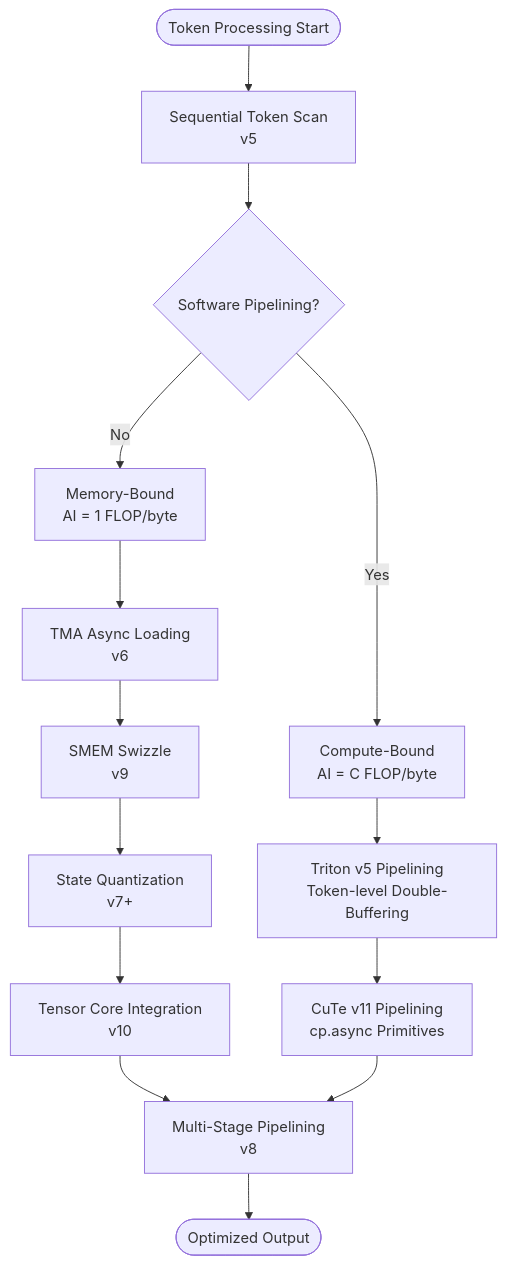
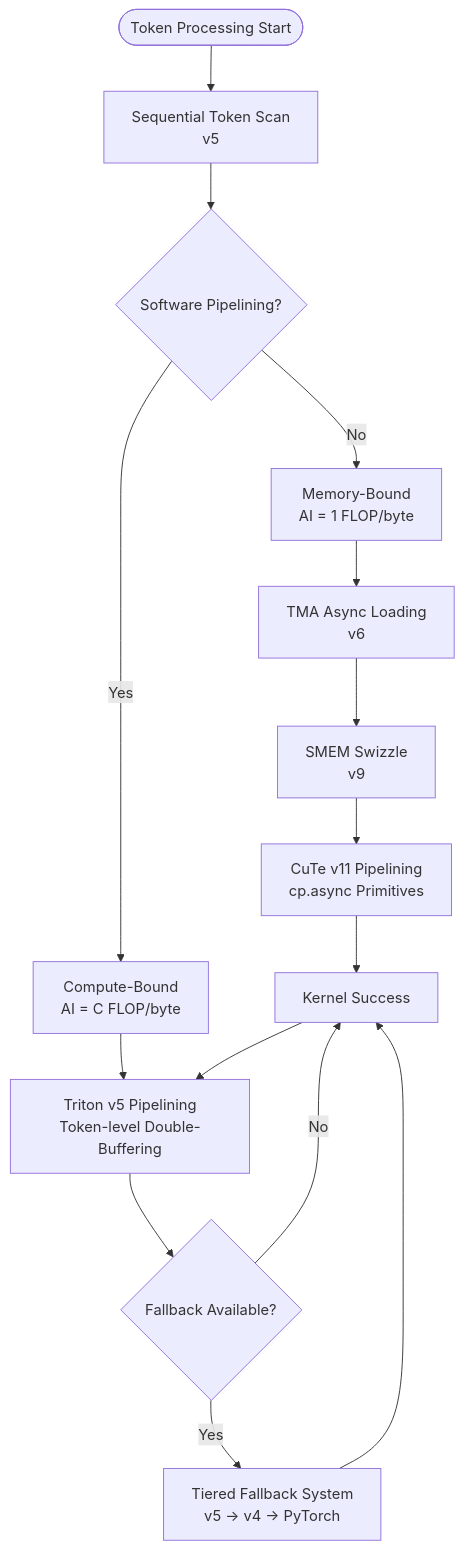
Before and after one commit to gugudeshubao/flashinfer-bench-tma-thrust: the second of 27 diagrams in .qoder/repowiki/en/content/GDN Prefill Kernel Optimization.md, drawn with Mermaid. The commit also changed other lines of this file and 46 other files, not shown here.

````diff
--- a/.qoder/repowiki/en/content/GDN Prefill Kernel Optimization.md
+++ b/.qoder/repowiki/en/content/GDN Prefill Kernel Optimization.md
@@ -140,16 +163,17 @@
 ```mermaid
 flowchart TD
 Start(["Token Processing Start"]) --> SeqScan["Sequential Token Scan<br/>v5"]
 SeqScan --> Pipelining{"Software Pipelining?"}
 Pipelining --> |No| MemoryBound["Memory-Bound<br/>AI = 1 FLOP/byte"]
 Pipelining --> |Yes| ComputeBound["Compute-Bound<br/>AI = C FLOP/byte"]
 MemoryBound --> TMA["TMA Async Loading<br/>v6"]
 ComputeBound --> TritonV5["Triton v5 Pipelining<br/>Token-level Double-Buffering"]
+TritonV5 --> FallbackCheck{"Fallback Available?"}
+FallbackCheck --> |Yes| FallbackSystem["Tiered Fallback System<br/>v5 → v4 → PyTorch"]
+FallbackCheck --> |No| Success["Kernel Success"]
 TMA --> Swizzle["SMEM Swizzle<br/>v9"]
-TritonV5 --> CuTeV11["CuTe v11 Pipelining<br/>cp.async Primitives"]
-Swizzle --> Quant["State Quantization<br/>v7+"]
-Quant --> TensorCore["Tensor Core Integration<br/>v10"]
-TensorCore --> Pipeline["Multi-Stage Pipelining<br/>v8"]
-CuTeV11 --> Pipeline
-Pipeline --> End(["Optimized Output"])
+Success --> TritonV5
+Swizzle --> CuTeV11["CuTe v11 Pipelining<br/>cp.async Primitives"]
+FallbackSystem --> Success
+CuTeV11 --> Success
 ```
````
